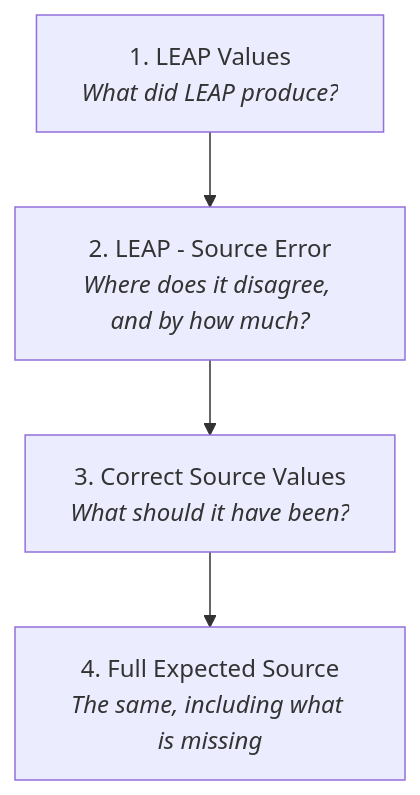
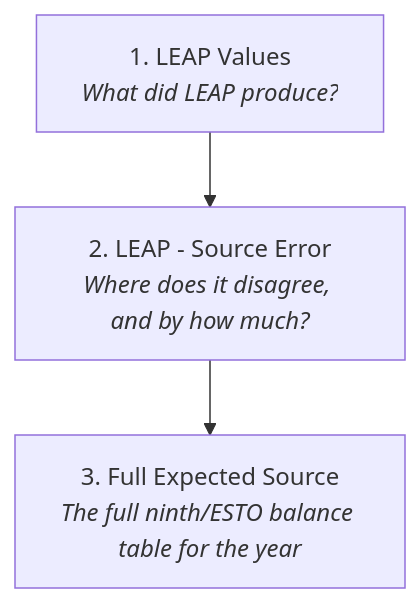
One commit to asia-pacific-energy-research-centre/leap_initialisation changed the third of 3 diagrams in docs/leap_review_tools_user_guide.md. Above: the diagram before and after it, drawn with Mermaid. The commit also changed other lines of this file and 8 other files, not shown here.

First line of the commit message:
codex: remove redundant correct source worksheet

````diff
--- a/docs/leap_review_tools_user_guide.md
+++ b/docs/leap_review_tools_user_guide.md
@@ -193,8 +193,7 @@
 ```mermaid
 flowchart TD
     S1["1. LEAP Values<br/><i>What did LEAP produce?</i>"]
     S2["2. LEAP - Source Error<br/><i>Where does it disagree, and by how much?</i>"]
-    S3["3. Correct Source Values<br/><i>What should it have been?</i>"]
-    S4["4. Full Expected Source<br/><i>The same, including what is missing</i>"]
-    S1 --> S2 --> S3 --> S4
+    S3["3. Full Expected Source<br/><i>The full ninth/ESTO balance table for the year</i>"]
+    S1 --> S2 --> S3
 ```
````
